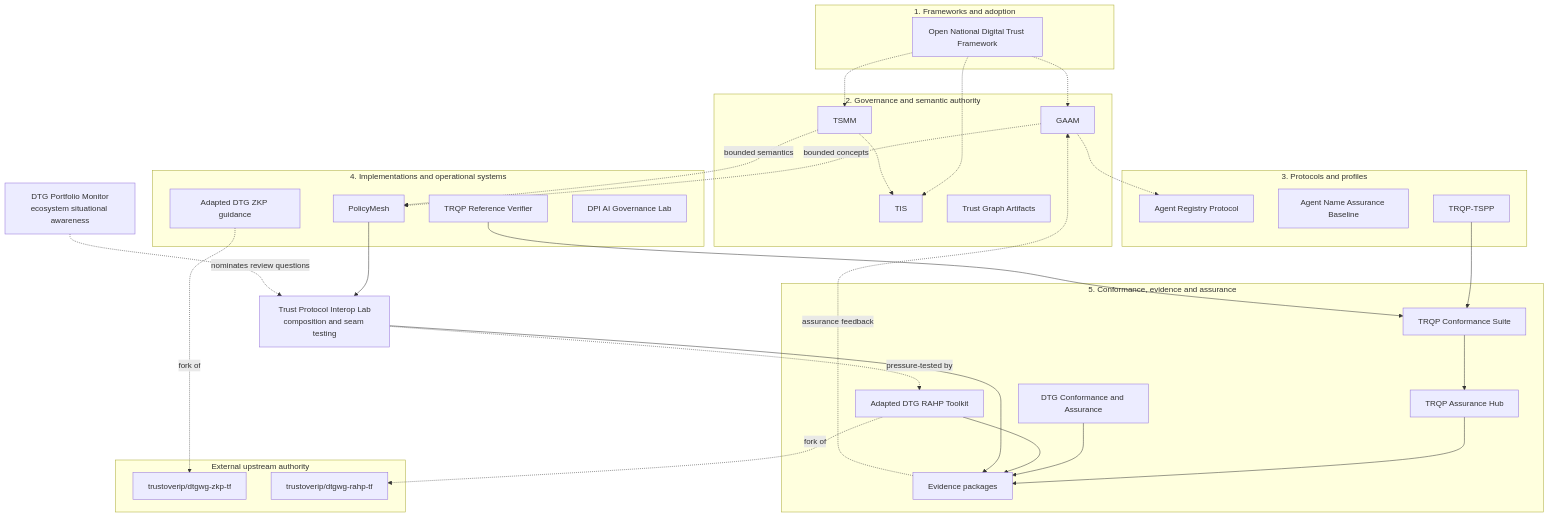
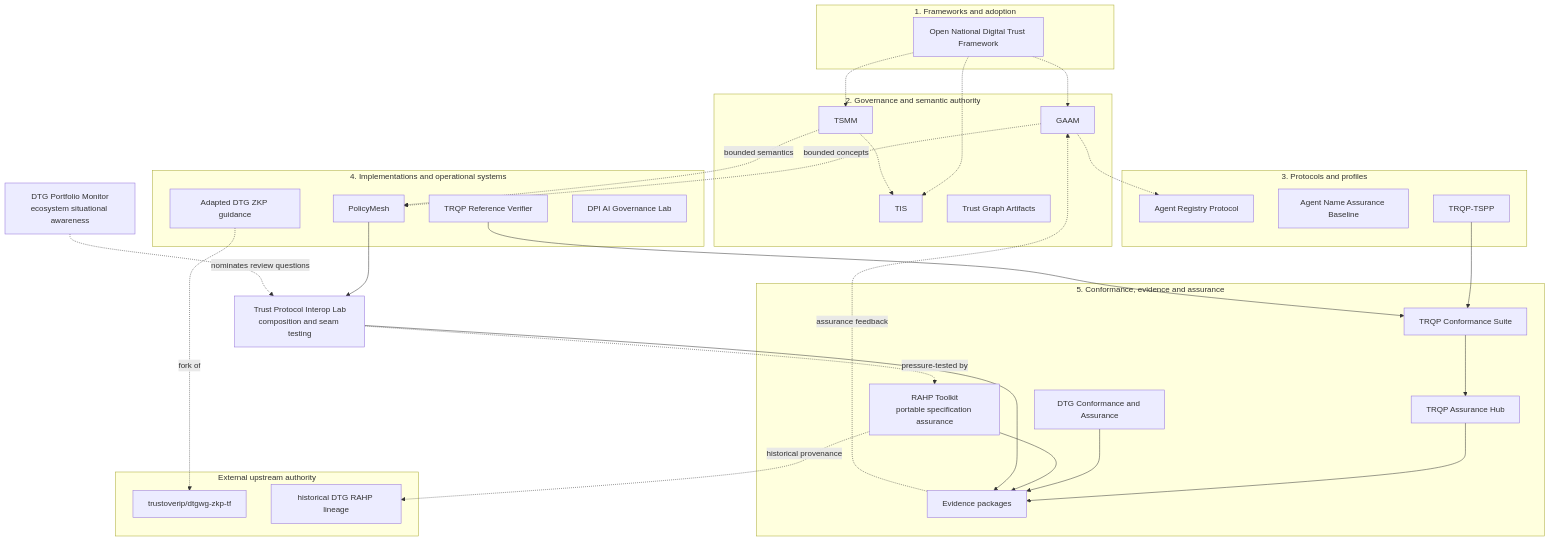
One commit to sankarshanmukhopadhyay/sankarshanmukhopadhyay changed the diagram in README.md. Above: the diagram before and after it, drawn with Mermaid. The commit also changed other lines of this file and 22 other files, not shown here.

````diff
--- a/README.md
+++ b/README.md
@@ -130,59 +135,59 @@
 ```mermaid
 flowchart TB
     subgraph P0["1. Frameworks and adoption"]
         ONDTF["Open National Digital Trust Framework"]
     end
     subgraph P1["2. Governance and semantic authority"]
         GAAM["GAAM"]
         TSMM["TSMM"]
         TIS["TIS"]
         TGA["Trust Graph Artifacts"]
     end
     subgraph P2["3. Protocols and profiles"]
         ARPA["Agent Registry Protocol"]
         ANAB["Agent Name Assurance Baseline"]
         TSPP["TRQP-TSPP"]
     end
     subgraph P3["4. Implementations and operational systems"]
         PM["PolicyMesh"]
         VERIFIER["TRQP Reference Verifier"]
         ZKP["Adapted DTG ZKP guidance"]
         DPI["DPI AI Governance Lab"]
     end
     subgraph P4["5. Conformance, evidence and assurance"]
         TRQPCS["TRQP Conformance Suite"]
         HUB["TRQP Assurance Hub"]
         DTGCA["DTG Conformance and Assurance"]
-        RAHP["Adapted DTG RAHP Toolkit"]
+        RAHP["RAHP Toolkit\nportable specification assurance"]
         EVIDENCE["Evidence packages"]
     end
     INTEROP["Trust Protocol Interop Lab
 composition and seam testing"]
     MONITOR["DTG Portfolio Monitor
 ecosystem situational awareness"]
     subgraph UP["External upstream authority"]
         ZKPUP["trustoverip/dtgwg-zkp-tf"]
-        RAHPUP["trustoverip/dtgwg-rahp-tf"]
+        RAHPUP["historical DTG RAHP lineage"]
     end
 
     ONDTF -.-> GAAM
     ONDTF -.-> TSMM
     ONDTF -.-> TIS
     TSMM -.-> TIS
     GAAM -.-> ARPA
     GAAM -. "bounded concepts" .-> PM
     TSMM -. "bounded semantics" .-> PM
     PM --> INTEROP
     TSPP --> TRQPCS
     VERIFIER --> TRQPCS
     TRQPCS --> HUB
     HUB --> EVIDENCE
     DTGCA --> EVIDENCE
     RAHP --> EVIDENCE
     INTEROP --> EVIDENCE
     MONITOR -. "nominates review questions" .-> INTEROP
     INTEROP -. "pressure-tested by" .-> RAHP
     EVIDENCE -. "assurance feedback" .-> GAAM
     ZKP -. "fork of" .-> ZKPUP
-    RAHP -. "fork of" .-> RAHPUP
+    RAHP -. "historical provenance" .-> RAHPUP
 ```
````
